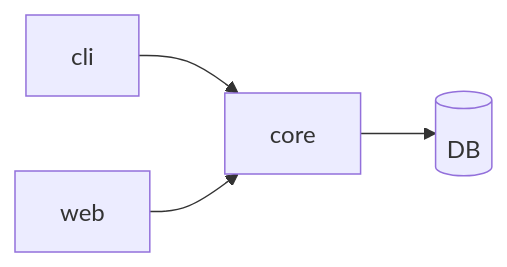
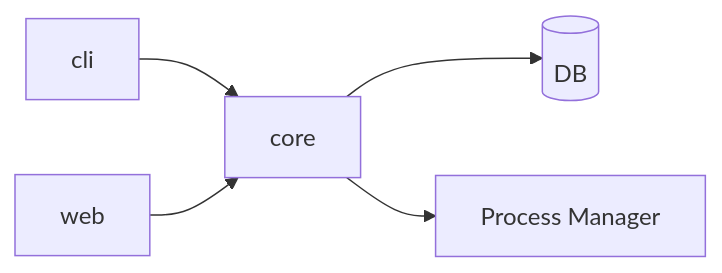
One commit to krtw00/agentmine changed the second of 4 diagrams in docs/02-architecture/architecture.md. Above: the diagram before and after it, drawn with Mermaid. The commit also changed other lines of this file and 7 other files, not shown here.

````diff
--- a/docs/02-architecture/architecture.md
+++ b/docs/02-architecture/architecture.md
@@ -158,6 +177,7 @@
 ```mermaid
 flowchart LR
     CLI[cli] --> Core[core]
     Web[web] --> Core
     Core --> DB[(DB)]
+    Core --> PM[Process Manager]
 ```
````
